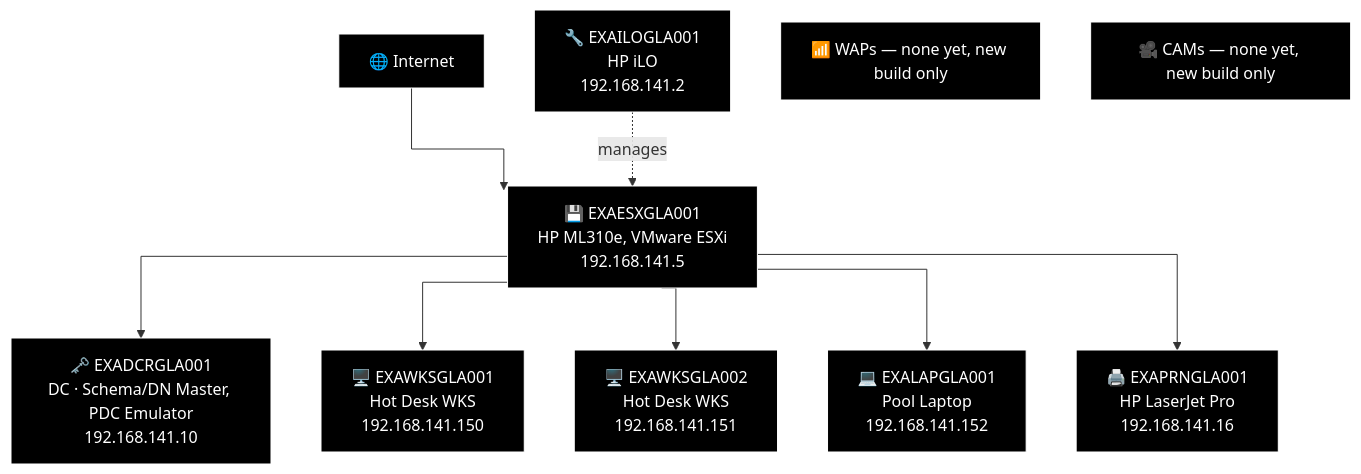
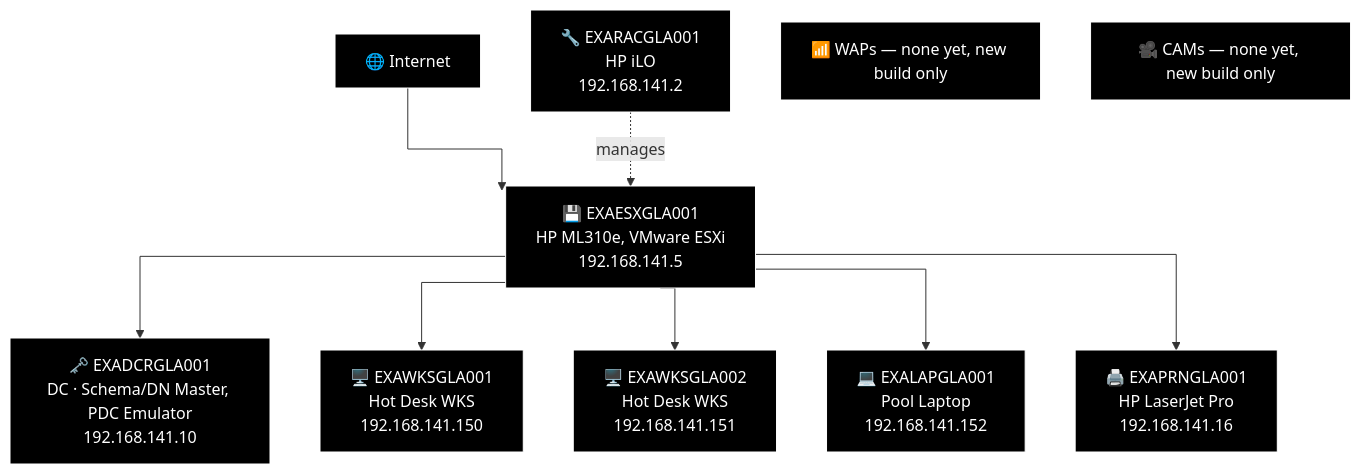
The seventh of 21 diagrams in docs/network-diagram/scotland.md (knightmare2600/example_music_infra), drawn with Mermaid before and after one commit. The commit also changed other lines of this file and 3 other files, not shown here.

````diff
--- a/docs/network-diagram/scotland.md
+++ b/docs/network-diagram/scotland.md
@@ -510,34 +510,34 @@
 ```mermaid
 %%{init: {'flowchart': {'curve': 'stepAfter'}}}%%
 graph TD
     O_INET["🌐 Internet"]
-    O_ILO["🔧 EXAILOGLA001<br/>HP iLO<br/>192.168.141.2"]
+    O_RAC["🔧 EXARACGLA001<br/>HP iLO<br/>192.168.141.2"]
     O_ESX["💾 EXAESXGLA001<br/>HP ML310e, VMware ESXi<br/>192.168.141.5"]
     O_INET --> O_ESX
-    O_ILO -.->|"manages"| O_ESX
+    O_RAC -.->|"manages"| O_ESX
 
     O_DC["🗝️ EXADCRGLA001<br/>DC · Schema/DN Master, PDC Emulator<br/>192.168.141.10"]
     O_WKS1["🖥️ EXAWKSGLA001<br/>Hot Desk WKS<br/>192.168.141.150"]
     O_WKS2["🖥️ EXAWKSGLA002<br/>Hot Desk WKS<br/>192.168.141.151"]
     O_LAP["💻 EXALAPGLA001<br/>Pool Laptop<br/>192.168.141.152"]
     O_PRN["🖨️ EXAPRNGLA001<br/>HP LaserJet Pro<br/>192.168.141.16"]
     O_ESX --> O_DC
     O_ESX --> O_WKS1
     O_ESX --> O_WKS2
     O_ESX --> O_LAP
     O_ESX --> O_PRN
 
     O_WAP["📶 WAPs — none yet, new build only"]
     O_CAM["🎥 CAMs — none yet, new build only"]
 
     style O_INET fill:#000000,stroke:#FFFFFF,color:#FFFFFF
-    style O_ILO fill:#000000,stroke:#FFFFFF,color:#FFFFFF
+    style O_RAC fill:#000000,stroke:#FFFFFF,color:#FFFFFF
     style O_ESX fill:#000000,stroke:#FFFFFF,color:#FFFFFF
     style O_DC fill:#000000,stroke:#FFFFFF,color:#FFFFFF
     style O_WKS1 fill:#000000,stroke:#FFFFFF,color:#FFFFFF
     style O_WKS2 fill:#000000,stroke:#FFFFFF,color:#FFFFFF
     style O_LAP fill:#000000,stroke:#FFFFFF,color:#FFFFFF
     style O_PRN fill:#000000,stroke:#FFFFFF,color:#FFFFFF
     style O_WAP fill:#000000,stroke:#FFFFFF,color:#FFFFFF
     style O_CAM fill:#000000,stroke:#FFFFFF,color:#FFFFFF
 ```
````
